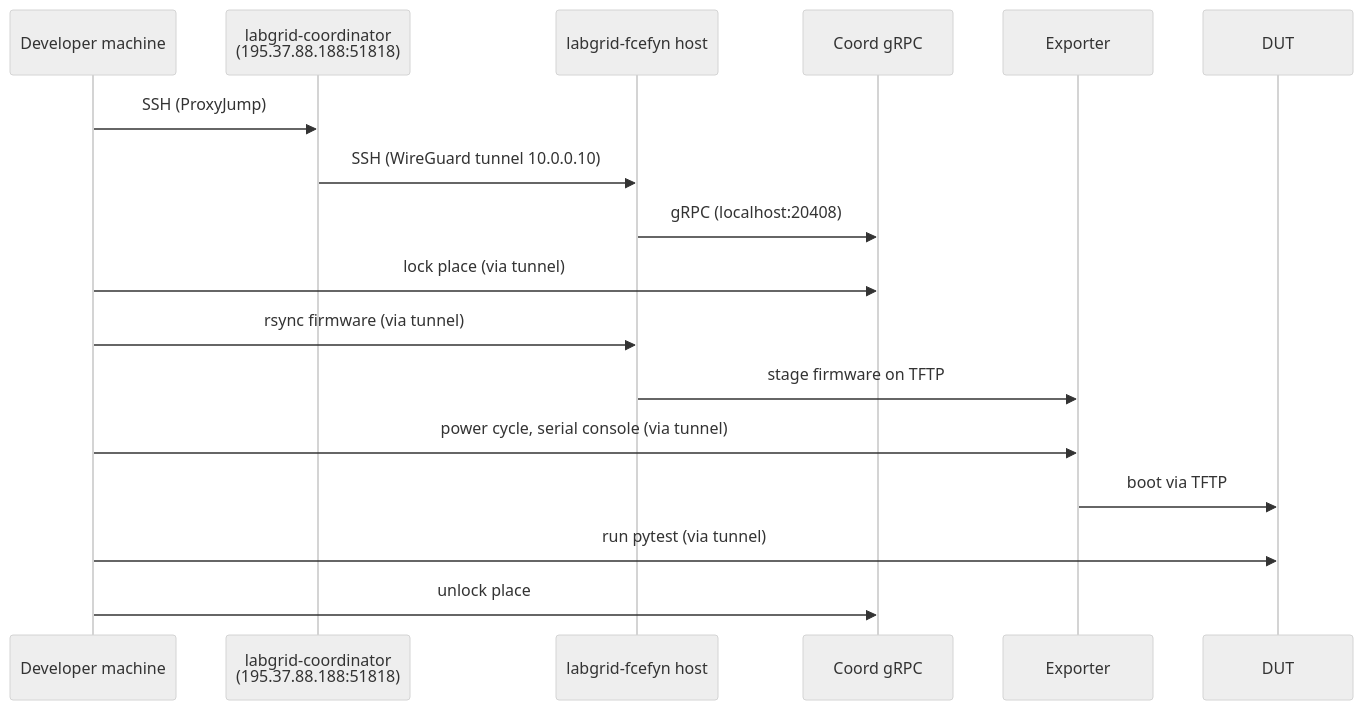
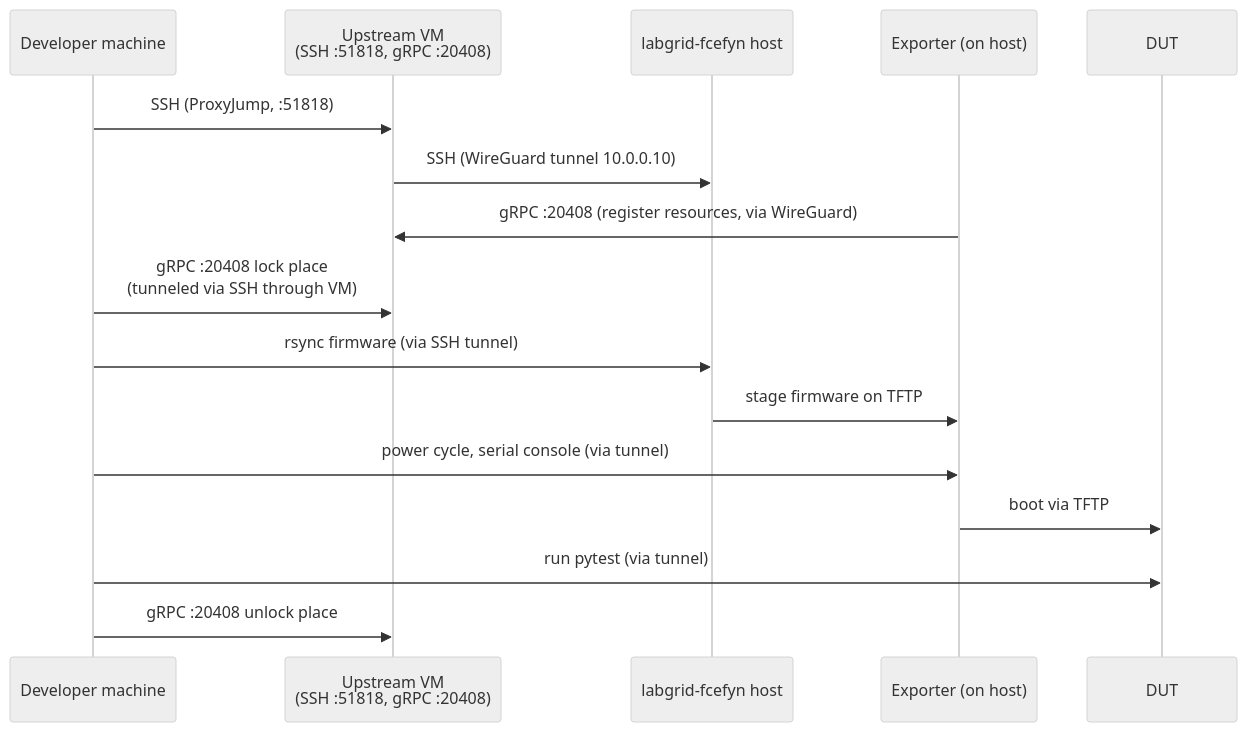
One commit to ccasanueva7/fcefyn_testbed_utils changed the diagram in docs/operar/developer-remote-access.md. Above: the diagram before and after it, drawn with Mermaid (neutral theme). The commit also changed other lines of this file and 6 other files, not shown here.

Commit message:
docs: align coordinator protocol with labgrid 25.0 (gRPC)

````diff
--- a/docs/operar/developer-remote-access.md
+++ b/docs/operar/developer-remote-access.md
@@ -265,20 +265,19 @@
 ```mermaid
 sequenceDiagram
     participant Dev as Developer machine
-    participant LGC as labgrid-coordinator<br/>(195.37.88.188:51818)
+    participant VM as Upstream VM<br/>(SSH :51818, gRPC :20408)
     participant Host as labgrid-fcefyn host
-    participant Coord as Coord gRPC
-    participant Exp as Exporter
+    participant Exp as Exporter (on host)
     participant DUT as DUT
 
-    Dev->>LGC: SSH (ProxyJump)
-    LGC->>Host: SSH (WireGuard tunnel 10.0.0.10)
-    Host->>Coord: gRPC (localhost:20408)
-    Dev->>Coord: lock place (via tunnel)
-    Dev->>Host: rsync firmware (via tunnel)
+    Dev->>VM: SSH (ProxyJump, :51818)
+    VM->>Host: SSH (WireGuard tunnel 10.0.0.10)
+    Exp->>VM: gRPC :20408 (register resources, via WireGuard)
+    Dev->>VM: gRPC :20408 lock place<br/>(tunneled via SSH through VM)
+    Dev->>Host: rsync firmware (via SSH tunnel)
     Host->>Exp: stage firmware on TFTP
     Dev->>Exp: power cycle, serial console (via tunnel)
     Exp->>DUT: boot via TFTP
     Dev->>DUT: run pytest (via tunnel)
-    Dev->>Coord: unlock place
+    Dev->>VM: gRPC :20408 unlock place
 ```
````
